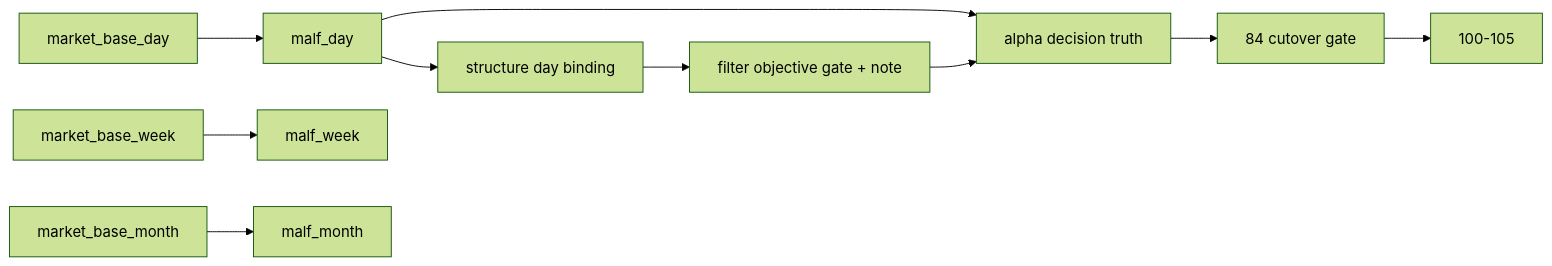
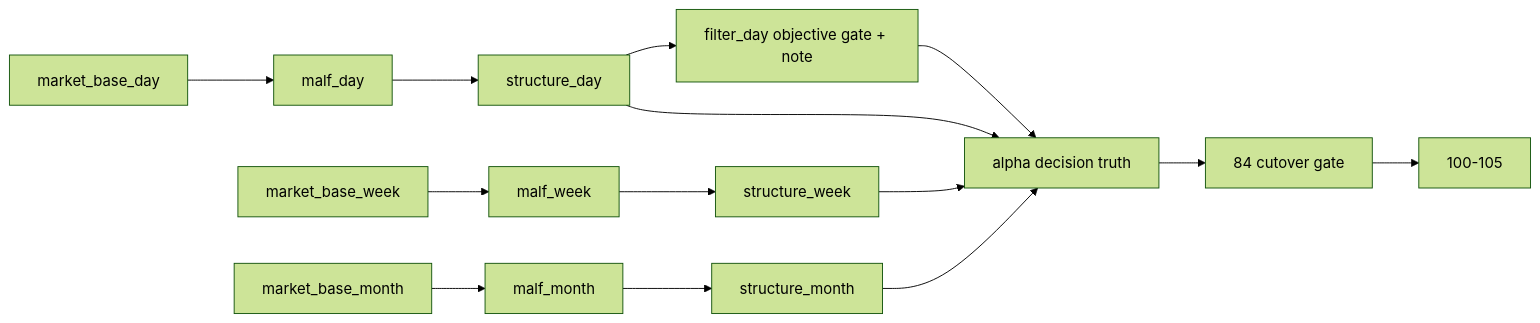
One commit to everything-is-simple/lifespan-0.01 changed the diagram in docs/02-spec/modules/system/18-malf-alpha-dual-axis-and-timeframe-native-refactor-spec-20260418.md. Above: the diagram before and after it, drawn with Mermaid (forest theme). The commit also changed other lines of this file and 17 other files, not shown here.

````diff
--- a/docs/02-spec/modules/system/18-malf-alpha-dual-axis-and-timeframe-native-refactor-spec-20260418.md
+++ b/docs/02-spec/modules/system/18-malf-alpha-dual-axis-and-timeframe-native-refactor-spec-20260418.md
@@ -136,12 +139,16 @@
 ```mermaid
 flowchart LR
     BD["market_base_day"] --> MD["malf_day"]
     BW["market_base_week"] --> MW["malf_week"]
     BM["market_base_month"] --> MM["malf_month"]
-    MD --> STR["structure day binding"]
-    STR --> FLT["filter objective gate + note"]
-    MD --> ALP["alpha decision truth"]
+    MD --> SD["structure_day"]
+    MW --> SW["structure_week"]
+    MM --> SM["structure_month"]
+    SD --> FLT["filter_day objective gate + note"]
+    SD --> ALP["alpha decision truth"]
+    SW --> ALP
+    SM --> ALP
     FLT --> ALP
     ALP --> G84["84 cutover gate"]
     G84 --> POST["100-105"]
 ```
````
